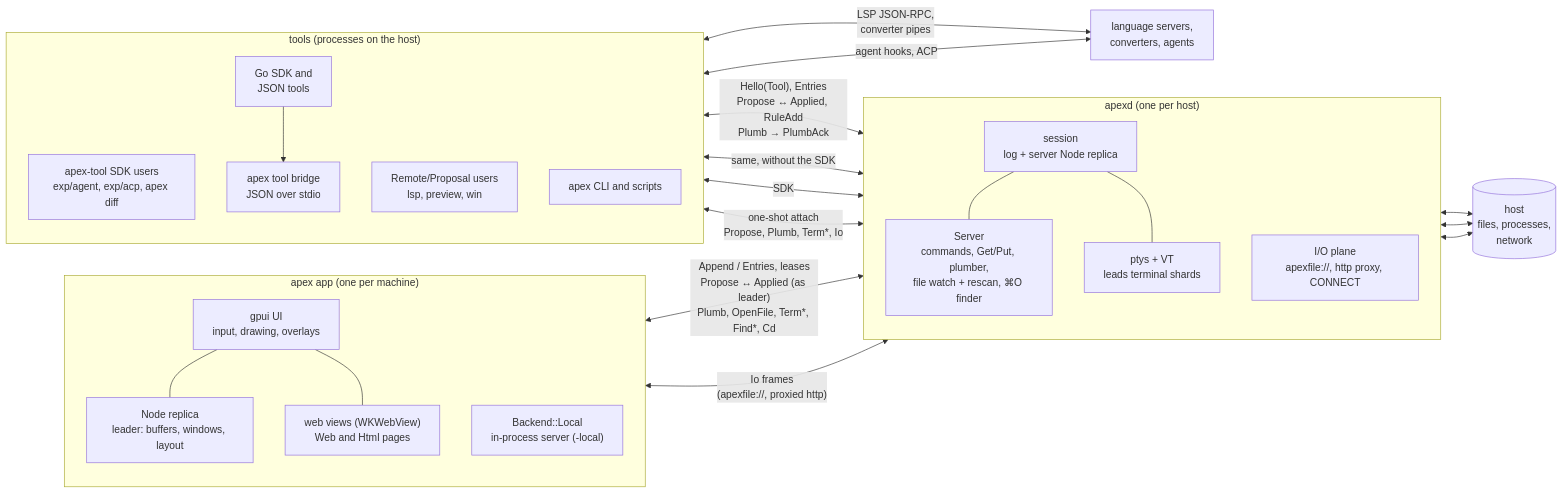
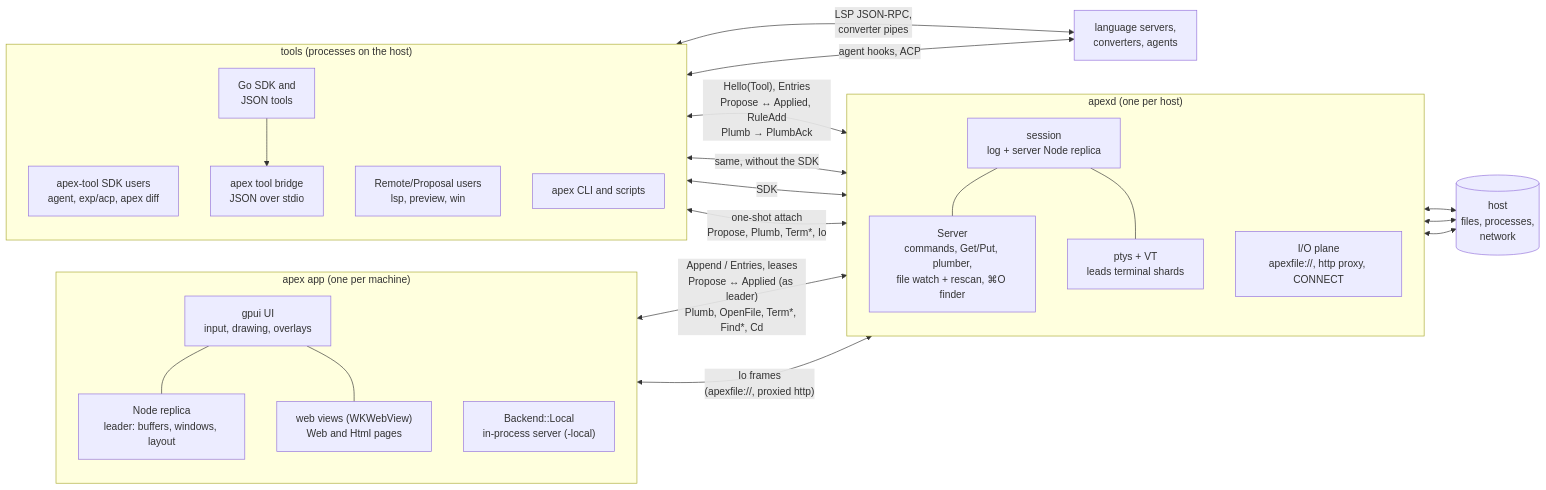
One commit to mariusae/apex changed the first of 2 diagrams in ARCHITECTURE.md. Above: the diagram before and after it, drawn with Mermaid. The commit also changed 23 other files, not shown here.

First line of the commit message:
apex tool agent: apex-agent comes with apex, named agent throughout

````diff
--- a/ARCHITECTURE.md
+++ b/ARCHITECTURE.md
@@ -40,47 +40,47 @@
 ```mermaid
 flowchart LR
     subgraph app["apex app (one per machine)"]
         direction TB
         ui["gpui UI<br/>input, drawing, overlays"]
         lead["Node replica<br/>leader: buffers, windows, layout"]
         pages["web views (WKWebView)<br/>Web and Html pages"]
         local["Backend::Local<br/>in-process server (-local)"]
         ui --- lead
         ui --- pages
     end
 
     subgraph daemon["apexd (one per host)"]
         direction TB
         sess["session<br/>log + server Node replica"]
         srv["Server<br/>commands, Get/Put, plumber,<br/>file watch + rescan, ⌘O finder"]
         term["ptys + VT<br/>leads terminal shards"]
         plane["I/O plane<br/>apexfile://, http proxy, CONNECT"]
         sess --- srv
         sess --- term
     end
 
     subgraph tools["tools (processes on the host)"]
         direction TB
-        sdk["apex-tool SDK users<br/>exp/agent, exp/acp, apex diff"]
+        sdk["apex-tool SDK users<br/>agent, exp/acp, apex diff"]
         raw["Remote/Proposal users<br/>lsp, preview, win"]
         bridge["apex tool bridge<br/>JSON over stdio"]
         go["Go SDK and<br/>JSON tools"]
         cli["apex CLI and scripts"]
         go --> bridge
     end
 
     host[("host<br/>files, processes,<br/>network")]
     servers["language servers,<br/>converters, agents"]
 
     lead <-->|"Append / Entries, leases<br/>Propose ↔ Applied (as leader)<br/>Plumb, OpenFile, Term*, Find*, Cd"| sess
     pages <-->|"Io frames<br/>(apexfile://, proxied http)"| plane
     sdk <-->|"Hello(Tool), Entries<br/>Propose ↔ Applied, RuleAdd<br/>Plumb → PlumbAck"| sess
     raw <-->|"same, without the SDK"| sess
     bridge <-->|"SDK"| sess
     cli <-->|"one-shot attach<br/>Propose, Plumb, Term*, Io"| sess
     srv <--> host
     term <--> host
     plane <--> host
     raw <-->|"LSP JSON-RPC,<br/>converter pipes"| servers
     sdk <-->|"agent hooks, ACP"| servers
 ```
````
